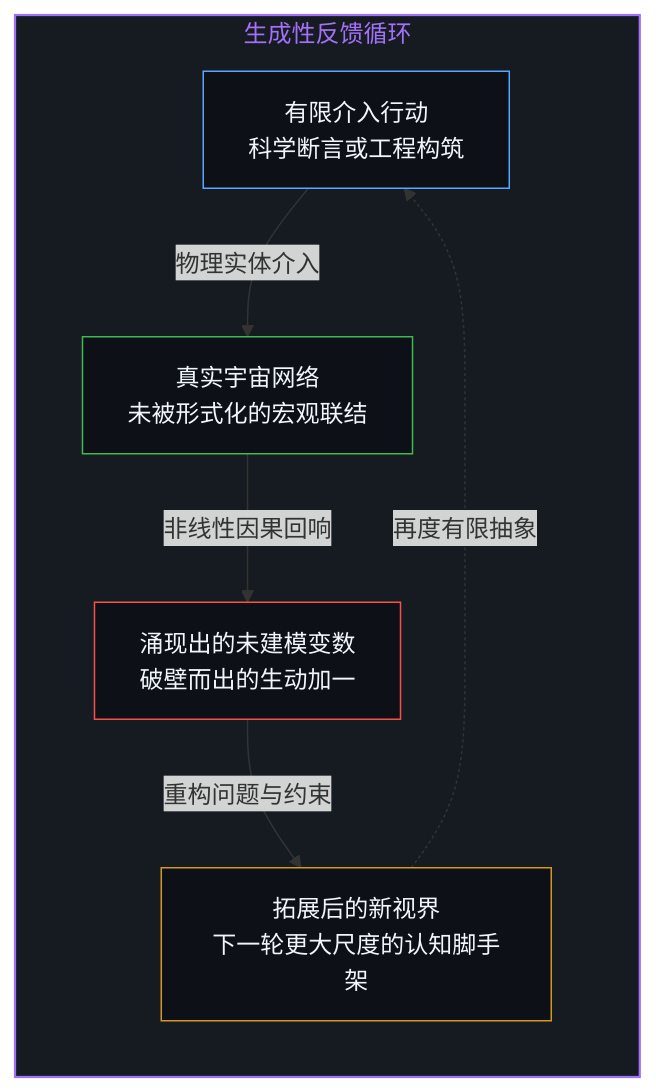
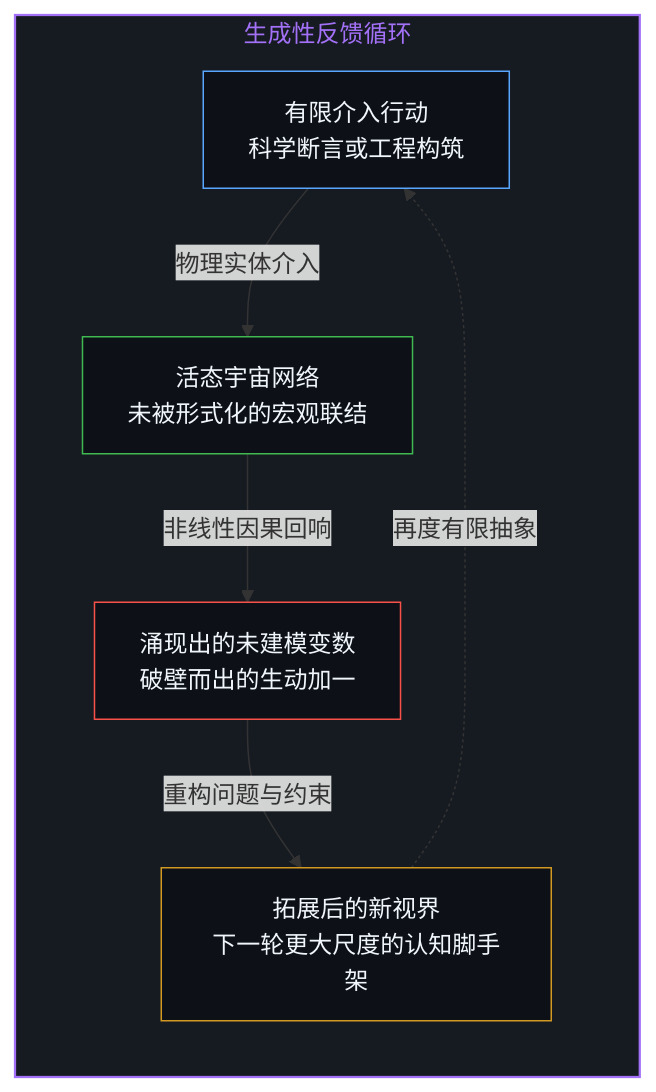
The third of 4 diagrams in content/posts/the-closed-n-and-the-open-reality.md (powerpig99/not-a-toe), drawn with Mermaid before and after one commit. The commit also changed other lines of this file and 5 other files, not shown here.

````diff
--- a/content/posts/the-closed-n-and-the-open-reality.md
+++ b/content/posts/the-closed-n-and-the-open-reality.md
@@ -103,21 +97,19 @@
 ```mermaid
 flowchart TD
     subgraph S_FEEDBACK[" 生成性反馈循环 "]
         direction TB
         NODE_ACT["有限介入行动<br/>科学断言或工程构筑"]
-        NODE_WORLD["真实宇宙网络<br/>未被形式化的宏观联结"]
+        NODE_WORLD["活态宇宙网络<br/>未被形式化的宏观联结"]
         NODE_NEW["涌现出的未建模变数<br/>破壁而出的生动加一"]
         NODE_NEXT["拓展后的新视界<br/>下一轮更大尺度的认知脚手架"]
     end
-
     NODE_ACT -->|物理实体介入| NODE_WORLD
     NODE_WORLD -->|非线性因果回响| NODE_NEW
     NODE_NEW -->|重构问题与约束| NODE_NEXT
     NODE_NEXT -.->|再度有限抽象| NODE_ACT
-
     style S_FEEDBACK fill:#161b22,stroke:#a371f7,stroke-width:1.5px,color:#a371f7
     style NODE_ACT fill:#0d1117,stroke:#58a6ff,stroke-width:1px,color:#f0f6fc
     style NODE_WORLD fill:#0d1117,stroke:#3fb950,stroke-width:1px,color:#f0f6fc
     style NODE_NEW fill:#0d1117,stroke:#f85149,stroke-width:1px,color:#f0f6fc
     style NODE_NEXT fill:#0d1117,stroke:#d29922,stroke-width:1px,color:#f0f6fc
 ```
````
